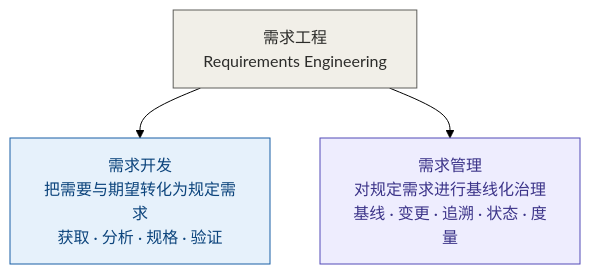
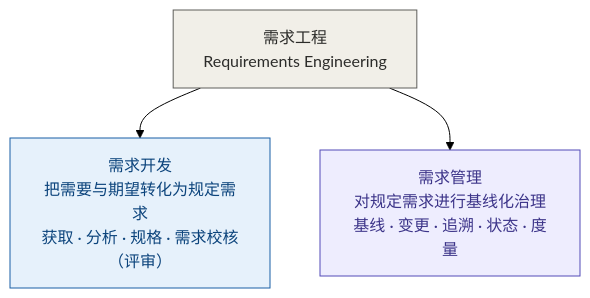
Before and after one commit to Yongjunzhou/AOS-system-design: the first of 9 diagrams in 100-subprojects/01-系统工程研究/00-系统工程相关研究报告/02-需求工程概念研究报告-从需求开发到需求管理.md, drawn with Mermaid (forest theme). The commit also changed other lines of this file and 21 other files, not shown here.

````diff
--- a/100-subprojects/01-系统工程研究/00-系统工程相关研究报告/02-需求工程概念研究报告-从需求开发到需求管理.md
+++ b/100-subprojects/01-系统工程研究/00-系统工程相关研究报告/02-需求工程概念研究报告-从需求开发到需求管理.md
@@ -38,11 +40,11 @@
 ```mermaid
 flowchart TD
     RE["需求工程<br/>Requirements Engineering"]
-    RD["需求开发<br/>把需要与期望转化为规定需求<br/>获取 · 分析 · 规格 · 验证"]
+    RD["需求开发<br/>把需要与期望转化为规定需求<br/>获取 · 分析 · 规格 · 需求校核（评审）"]
     RM["需求管理<br/>对规定需求进行基线化治理<br/>基线 · 变更 · 追溯 · 状态 · 度量"]
     RE --> RD
     RE --> RM
     style RE fill:#F1EFE8,stroke:#5F5E5A,color:#2C2C2A
     style RD fill:#E6F1FB,stroke:#185FA5,color:#0C447C
     style RM fill:#EEEDFE,stroke:#534AB7,color:#3C3489
 ```
````
